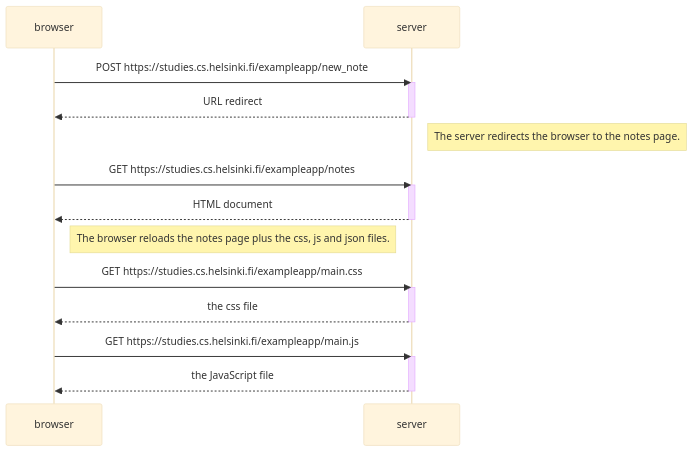
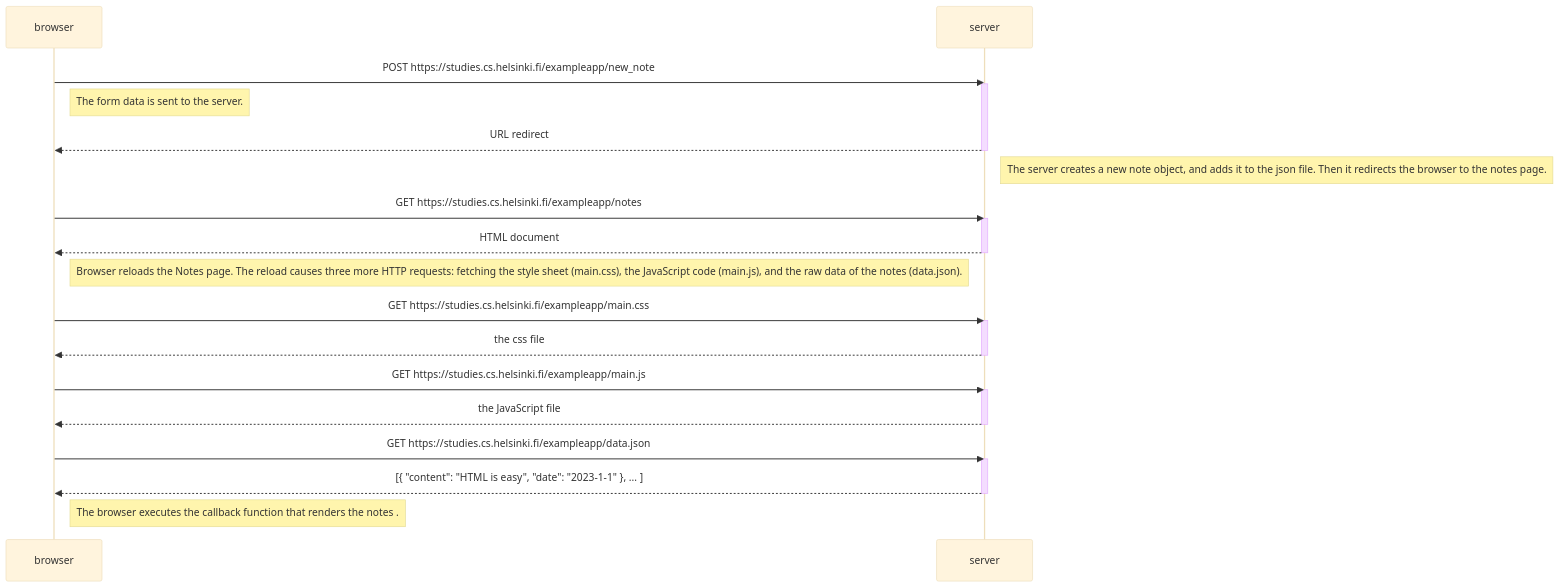
One commit to PetteriMoilanen/HY-Full-Stack-MOOC changed the diagram in part0/0.4-new-note-diagram.md. Above: the diagram before and after it, drawn with Mermaid (base theme).

````diff
--- a/part0/0.4-new-note-diagram.md
+++ b/part0/0.4-new-note-diagram.md
@@ -3,28 +3,38 @@
 ```mermaid
 sequenceDiagram
     participant browser
     participant server
 
     browser->>server: POST https://studies.cs.helsinki.fi/exampleapp/new_note
     activate server
+    Note right of browser: The form data is sent to the server.
+
+
     server-->>browser: URL redirect
     deactivate server
-    Note right of server: The server redirects the browser to the notes page.
+    Note right of server: The server creates a new note object, and adds it to the json file. Then it redirects the browser to the notes page.
 
     browser->>server: GET https://studies.cs.helsinki.fi/exampleapp/notes
     activate server
     server-->>browser: HTML document
     deactivate server
-    Note right of browser: The browser reloads the notes page plus the css, js and json files.
+    Note right of browser: Browser reloads the Notes page. The reload causes three more HTTP requests: fetching the style sheet (main.css), the JavaScript code (main.js), and the raw data of the notes (data.json).
+
 
     browser->>server: GET https://studies.cs.helsinki.fi/exampleapp/main.css
     activate server
     server-->>browser: the css file
     deactivate server
 
     browser->>server: GET https://studies.cs.helsinki.fi/exampleapp/main.js
     activate server
     server-->>browser: the JavaScript file
     deactivate server
 
+    browser->>server: GET https://studies.cs.helsinki.fi/exampleapp/data.json
+    activate server
+    server-->>browser: [{ "content": "HTML is easy", "date": "2023-1-1" }, ... ]
+    deactivate server    
+
+    Note right of browser: The browser executes the callback function that renders the notes .
 ```
````
